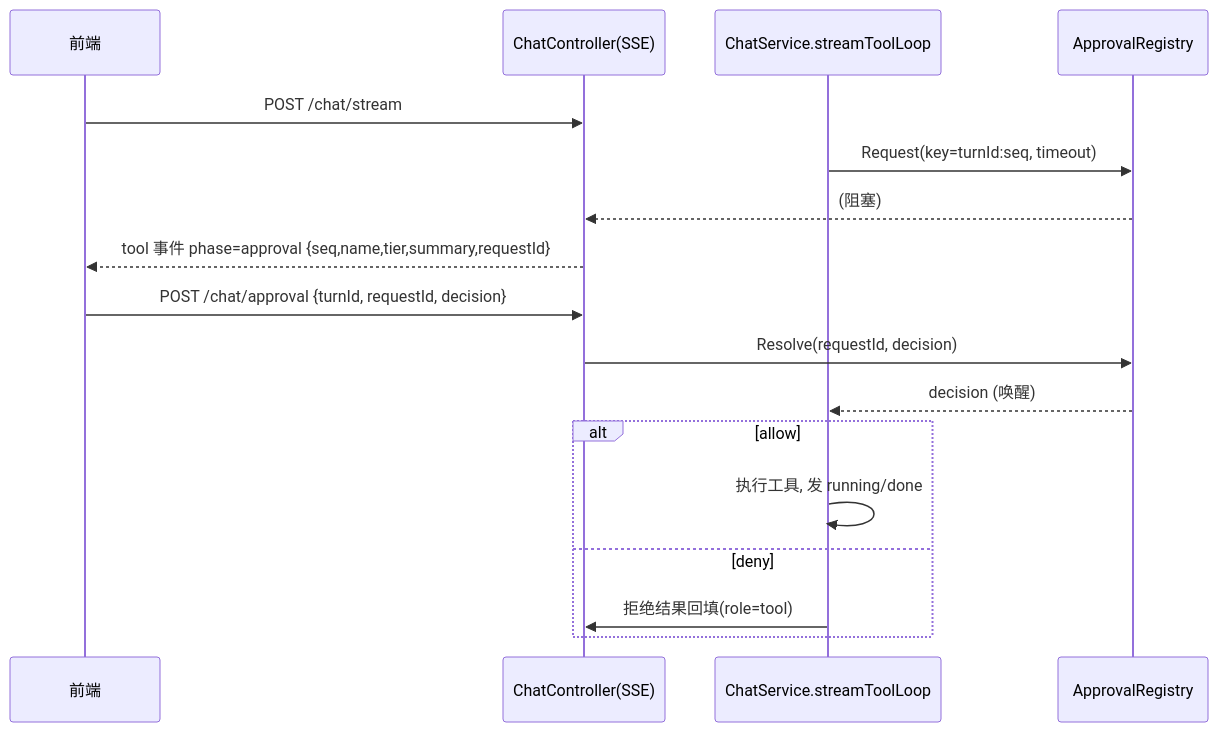
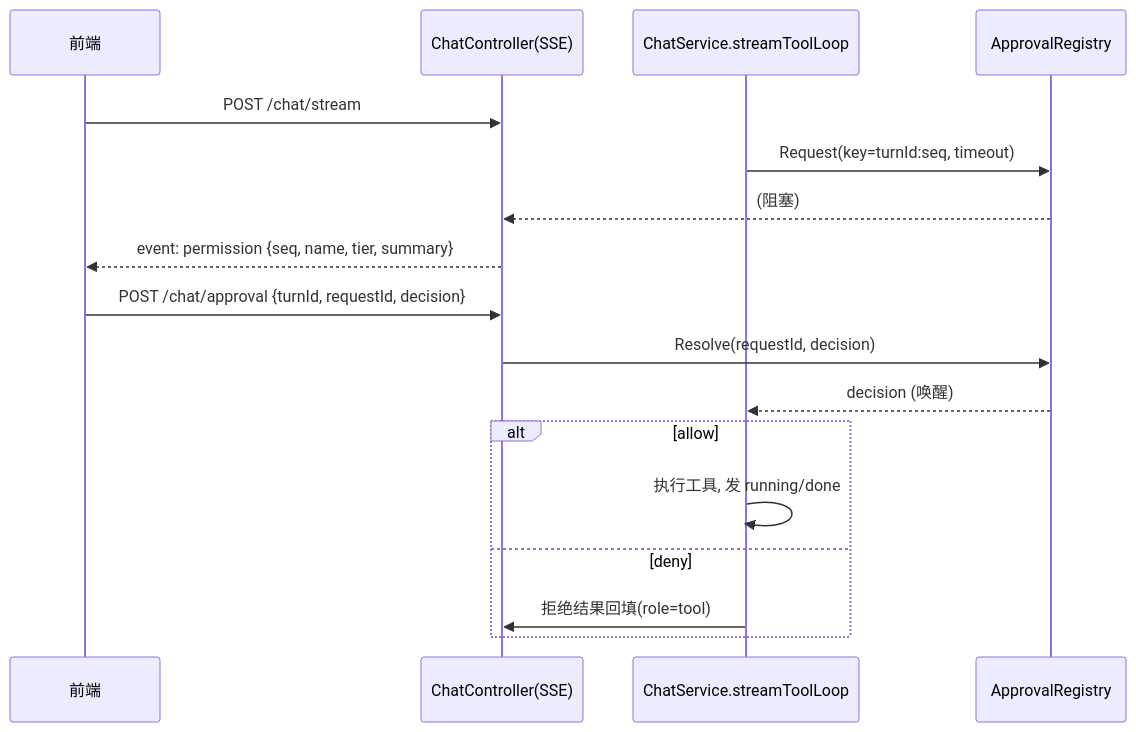
The second of 2 diagrams in document/工具权限分级设计方案.md (frank362181/CClaw), drawn with Mermaid before and after one commit. The commit also changed other lines of this file and 5 other files, not shown here.

````diff
--- a/document/工具权限分级设计方案.md
+++ b/document/工具权限分级设计方案.md
@@ -309,19 +287,19 @@
 ```mermaid
 sequenceDiagram
     participant FE as 前端
     participant CC as ChatController(SSE)
     participant CS as ChatService.streamToolLoop
     participant AR as ApprovalRegistry
     FE->>CC: POST /chat/stream
     CS->>AR: Request(key=turnId:seq, timeout)
     AR-->>CC: (阻塞)
-    CC-->>FE: tool 事件 phase=approval {seq,name,tier,summary,requestId}
+    CC-->>FE: event: permission {seq, name, tier, summary}
     FE->>CC: POST /chat/approval {turnId, requestId, decision}
     CC->>AR: Resolve(requestId, decision)
     AR-->>CS: decision (唤醒)
     alt allow
         CS->>CS: 执行工具, 发 running/done
     else deny
         CS->>CC: 拒绝结果回填(role=tool)
     end
 ```
````
